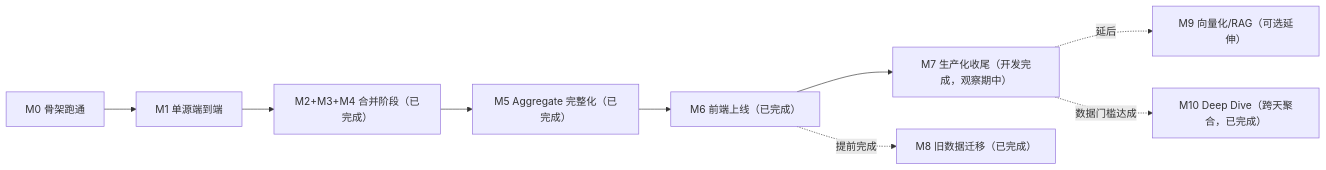
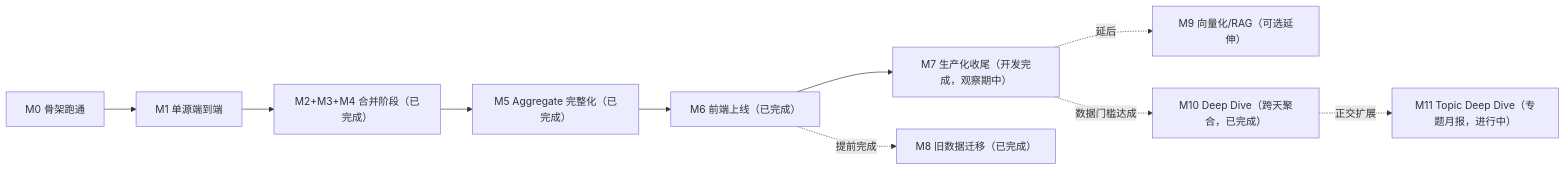
One commit to SkyJourney/ainews-project changed the diagram in docs/milestones/README.md. Above: the diagram before and after it, drawn with Mermaid. The commit also changed other lines of this file and 10 other files, not shown here.

First line of the commit message:
feat(backend): M11 Topic Deep Dive 专题月报——全部原文子主题聚类 + 深度叙事引擎

````diff
--- a/docs/milestones/README.md
+++ b/docs/milestones/README.md
@@ -7,11 +7,12 @@
 ```mermaid
 flowchart LR
     M0[M0 骨架跑通] --> M1[M1 单源端到端]
     M1 --> M234["M2+M3+M4 合并阶段（已完成）"]
     M234 --> M5["M5 Aggregate 完整化（已完成）"]
     M5 --> M6["M6 前端上线（已完成）"]
     M6 --> M7["M7 生产化收尾（开发完成，观察期中）"]
     M6 -.提前完成.-> M8["M8 旧数据迁移（已完成）"]
     M7 -.延后.-> M9["M9 向量化/RAG（可选延伸）"]
     M7 -.数据门槛达成.-> M10["M10 Deep Dive（跨天聚合，已完成）"]
+    M10 -.正交扩展.-> M11["M11 Topic Deep Dive（专题月报，进行中）"]
 ```
````
